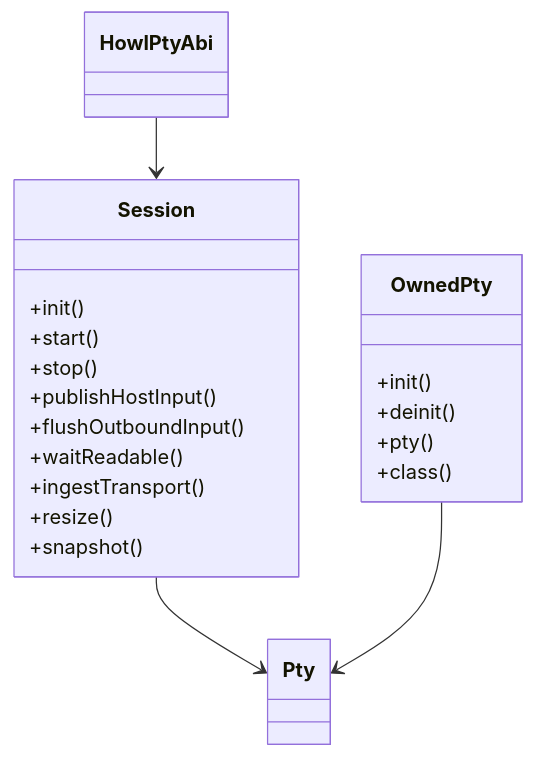
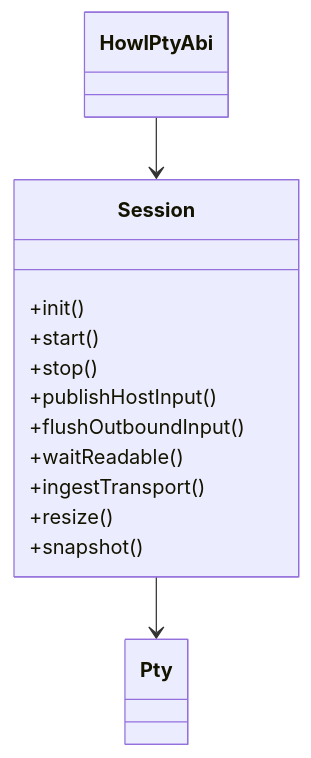
One commit to LaurenceGuws/howl-pty changed the first of 4 diagrams in design.md. Above: the diagram before and after it, drawn with Mermaid. The commit also changed other lines of this file and 14 other files, not shown here.

````diff
--- a/design.md
+++ b/design.md
@@ -21,26 +21,19 @@
 ```mermaid
 classDiagram
     class HowlPtyAbi
     class Session {
       +init()
       +start()
       +stop()
       +publishHostInput()
       +flushOutboundInput()
       +waitReadable()
       +ingestTransport()
       +resize()
       +snapshot()
     }
-    class OwnedPty {
-      +init()
-      +deinit()
-      +pty()
-      +class()
-    }
     class Pty
 
     HowlPtyAbi --> Session
     Session --> Pty
-    OwnedPty --> Pty
 ```
````
